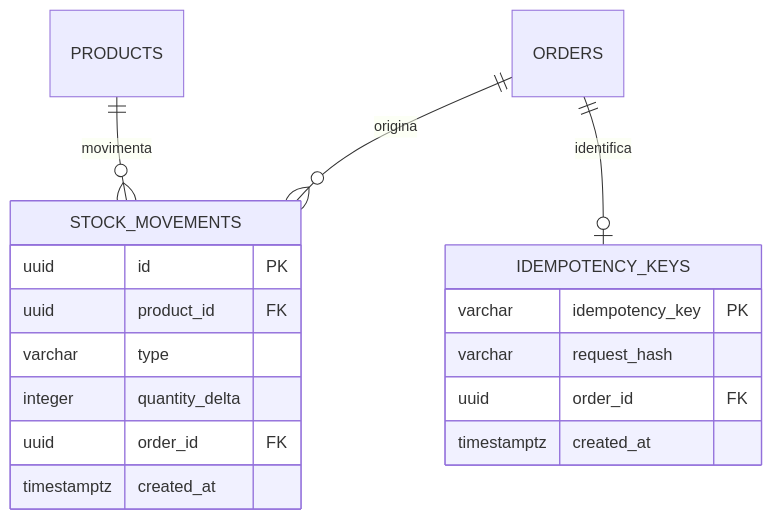
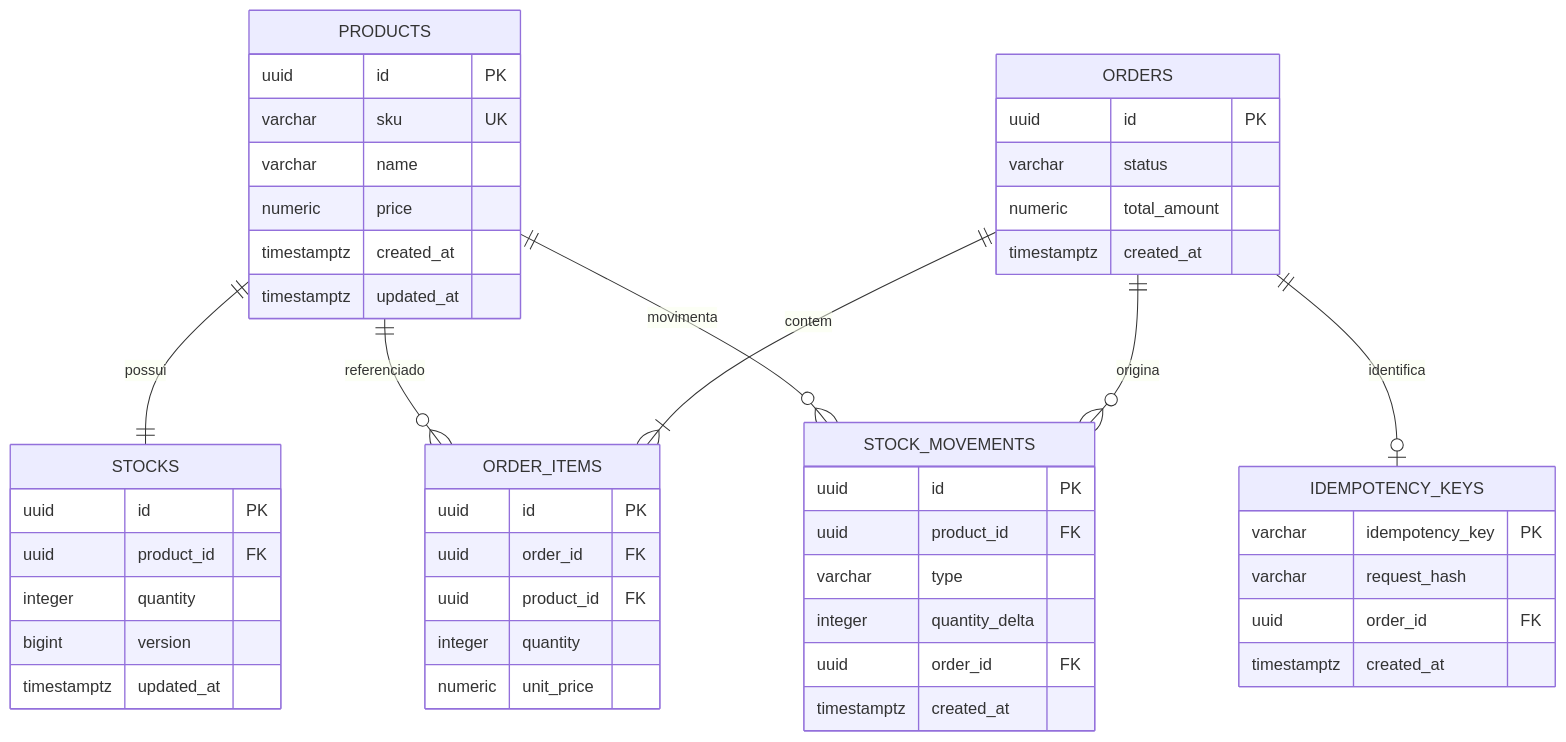
The third of 3 diagrams in README.md (nevvesdev/inventory-guard), drawn with Mermaid before and after one commit. The commit also changed other lines of this file, not shown here.

````diff
--- a/README.md
+++ b/README.md
@@ -169,20 +155,51 @@
 ```mermaid
 erDiagram
+    PRODUCTS ||--|| STOCKS : possui
+    PRODUCTS ||--o{ ORDER_ITEMS : referenciado
     PRODUCTS ||--o{ STOCK_MOVEMENTS : movimenta
+    ORDERS ||--|{ ORDER_ITEMS : contem
     ORDERS ||--o{ STOCK_MOVEMENTS : origina
     ORDERS ||--o| IDEMPOTENCY_KEYS : identifica
+    PRODUCTS {
+        uuid id PK
+        varchar sku UK
+        varchar name
+        numeric price
+        timestamptz created_at
+        timestamptz updated_at
+    }
+    STOCKS {
+        uuid id PK
+        uuid product_id FK
+        integer quantity
+        bigint version
+        timestamptz updated_at
+    }
+    ORDERS {
+        uuid id PK
+        varchar status
+        numeric total_amount
+        timestamptz created_at
+    }
+    ORDER_ITEMS {
+        uuid id PK
+        uuid order_id FK
+        uuid product_id FK
+        integer quantity
+        numeric unit_price
+    }
     STOCK_MOVEMENTS {
         uuid id PK
         uuid product_id FK
         varchar type
         integer quantity_delta
         uuid order_id FK
         timestamptz created_at
     }
     IDEMPOTENCY_KEYS {
         varchar idempotency_key PK
         varchar request_hash
         uuid order_id FK
         timestamptz created_at
     }
 ```
````
